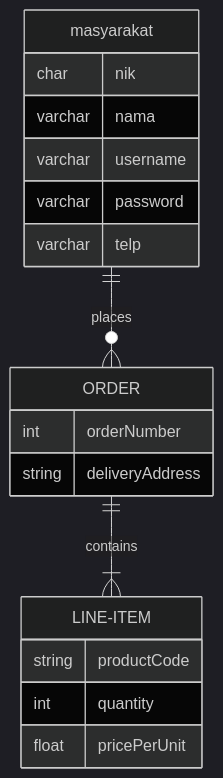
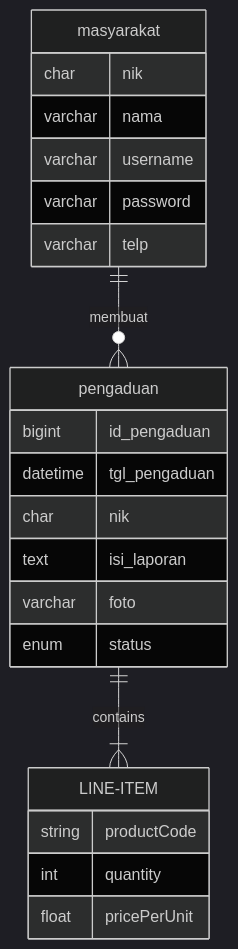
Before and after one commit to fauzanzianulhaq/pengenalan-informatika: the diagram in job_interview.md, drawn with Mermaid (dark theme).

````diff
--- a/job_interview.md
+++ b/job_interview.md
@@ -15,21 +15,25 @@
 ```mermaid
 erDiagram
-    masyarakat ||--o{ ORDER : places
+    masyarakat ||--o{ pengaduan : membuat
     masyarakat {
         char nik
         varchar nama
         varchar username
         varchar password
         varchar telp
     }
-    ORDER ||--|{ LINE-ITEM : contains
-    ORDER {
-        int orderNumber
-        string deliveryAddress
+    pengaduan ||--|{ LINE-ITEM : contains
+    pengaduan {
+        bigint id_pengaduan
+        datetime tgl_pengaduan
+        char nik
+        text isi_laporan
+        varchar foto
+        enum status
     }
     LINE-ITEM {
         string productCode
         int quantity
         float pricePerUnit
     }
 ```
````
